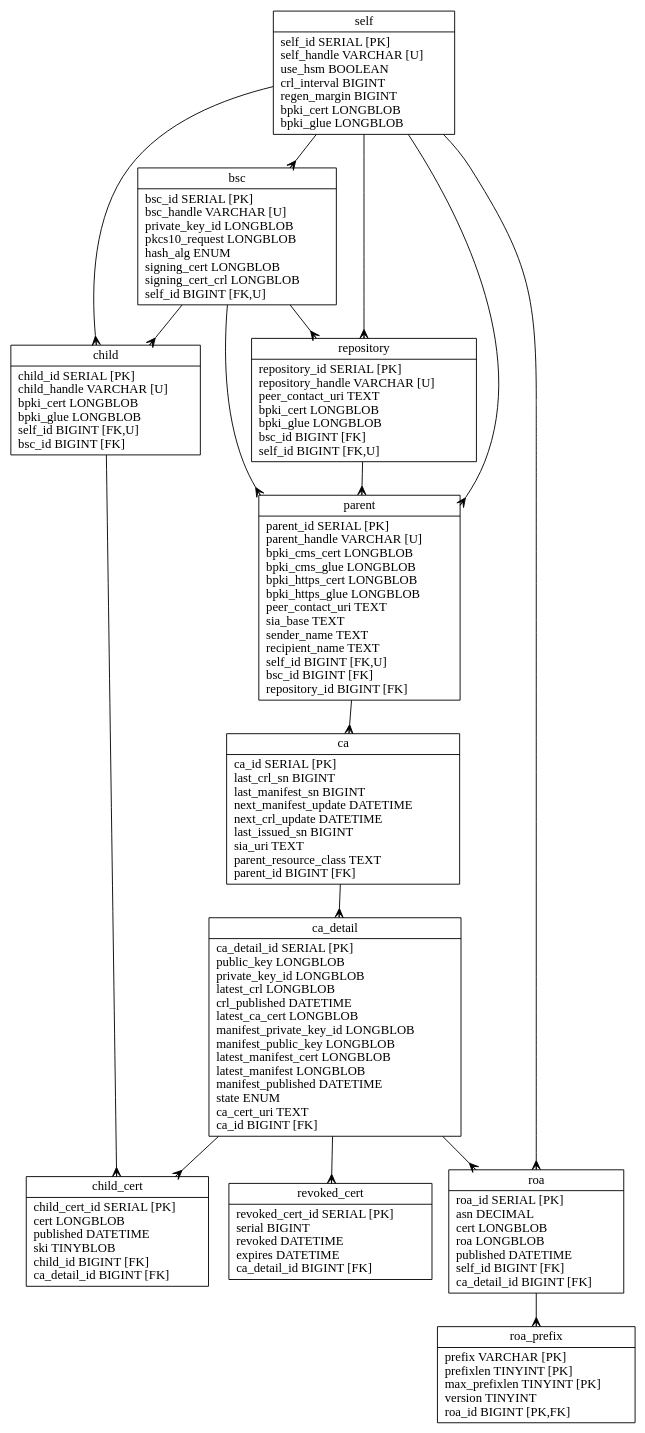
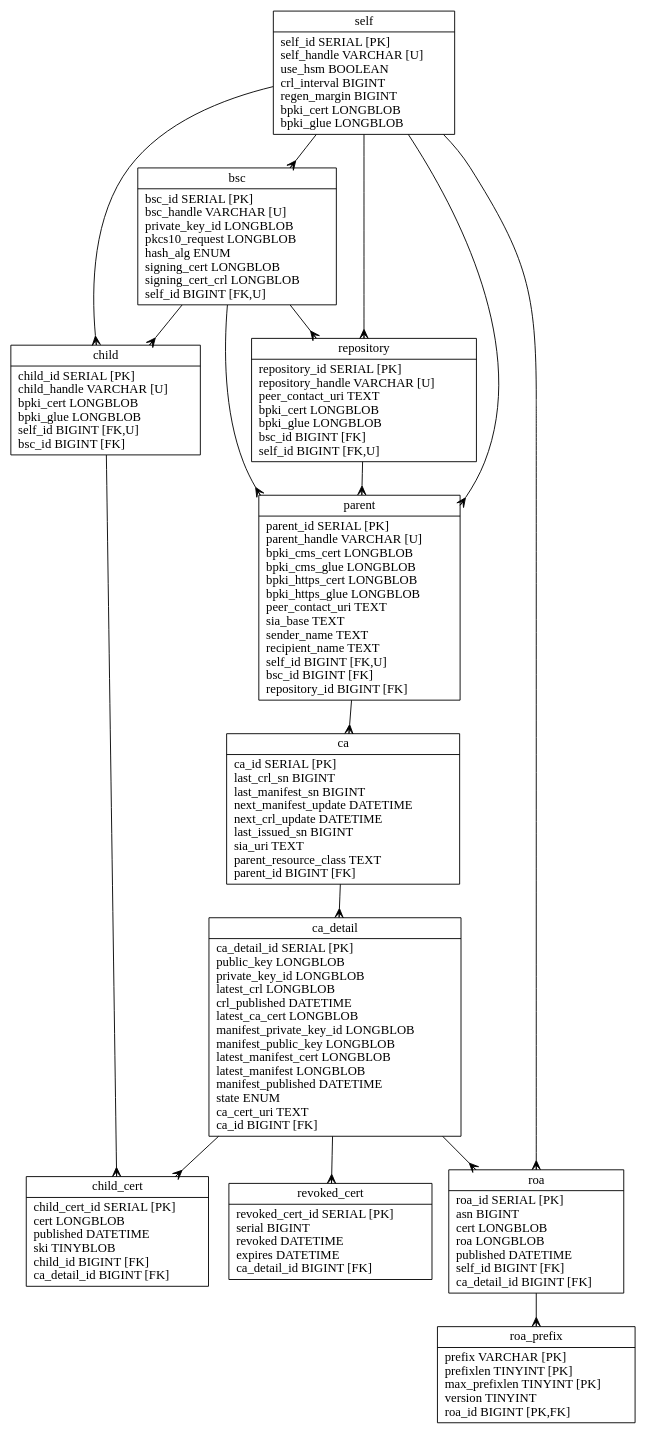
Before and after one commit to dragonresearch/rpki.net: the diagram in rpkid/doc/rpkid.dot, drawn with Graphviz. The commit also changed 9 other files, not shown here.

```diff
--- a/rpkid/doc/rpkid.dot
+++ b/rpkid/doc/rpkid.dot
@@ -1,34 +1,34 @@
 // Automatically generated from rpkid.sql
 
 digraph test {
 	edge [arrowtail=none, arrowhead=crow];
 	graph [ratio=fill, overlap=false, bgcolor=white];
 	node [label="\N", fillcolor=white, shape=record, style=filled];
 	self [label="{self\n|self_id\ SERIAL\ [PK]\lself_handle\ VARCHAR\ [U]\luse_hsm\ BOOLEAN\lcrl_interval\ BIGINT\lregen_margin\ BIGINT\lbpki_cert\ LONGBLOB\lbpki_glue\ LONGBLOB\l}"];
 	bsc [label="{bsc\n|bsc_id\ SERIAL\ [PK]\lbsc_handle\ VARCHAR\ [U]\lprivate_key_id\ LONGBLOB\lpkcs10_request\ LONGBLOB\lhash_alg\ ENUM\lsigning_cert\ LONGBLOB\lsigning_cert_crl\ LONGBLOB\lself_id\ BIGINT\ [FK,U]\l}"];
 	repository [label="{repository\n|repository_id\ SERIAL\ [PK]\lrepository_handle\ VARCHAR\ [U]\lpeer_contact_uri\ TEXT\lbpki_cert\ LONGBLOB\lbpki_glue\ LONGBLOB\lbsc_id\ BIGINT\ [FK]\lself_id\ BIGINT\ [FK,U]\l}"];
 	parent [label="{parent\n|parent_id\ SERIAL\ [PK]\lparent_handle\ VARCHAR\ [U]\lbpki_cms_cert\ LONGBLOB\lbpki_cms_glue\ LONGBLOB\lbpki_https_cert\ LONGBLOB\lbpki_https_glue\ LONGBLOB\lpeer_contact_uri\ TEXT\lsia_base\ TEXT\lsender_name\ TEXT\lrecipient_name\ TEXT\lself_id\ BIGINT\ [FK,U]\lbsc_id\ BIGINT\ [FK]\lrepository_id\ BIGINT\ [FK]\l}"];
 	ca [label="{ca\n|ca_id\ SERIAL\ [PK]\llast_crl_sn\ BIGINT\llast_manifest_sn\ BIGINT\lnext_manifest_update\ DATETIME\lnext_crl_update\ DATETIME\llast_issued_sn\ BIGINT\lsia_uri\ TEXT\lparent_resource_class\ TEXT\lparent_id\ BIGINT\ [FK]\l}"];
 	ca_detail [label="{ca_detail\n|ca_detail_id\ SERIAL\ [PK]\lpublic_key\ LONGBLOB\lprivate_key_id\ LONGBLOB\llatest_crl\ LONGBLOB\lcrl_published\ DATETIME\llatest_ca_cert\ LONGBLOB\lmanifest_private_key_id\ LONGBLOB\lmanifest_public_key\ LONGBLOB\llatest_manifest_cert\ LONGBLOB\llatest_manifest\ LONGBLOB\lmanifest_published\ DATETIME\lstate\ ENUM\lca_cert_uri\ TEXT\lca_id\ BIGINT\ [FK]\l}"];
 	child [label="{child\n|child_id\ SERIAL\ [PK]\lchild_handle\ VARCHAR\ [U]\lbpki_cert\ LONGBLOB\lbpki_glue\ LONGBLOB\lself_id\ BIGINT\ [FK,U]\lbsc_id\ BIGINT\ [FK]\l}"];
 	child_cert [label="{child_cert\n|child_cert_id\ SERIAL\ [PK]\lcert\ LONGBLOB\lpublished\ DATETIME\lski\ TINYBLOB\lchild_id\ BIGINT\ [FK]\lca_detail_id\ BIGINT\ [FK]\l}"];
 	revoked_cert [label="{revoked_cert\n|revoked_cert_id\ SERIAL\ [PK]\lserial\ BIGINT\lrevoked\ DATETIME\lexpires\ DATETIME\lca_detail_id\ BIGINT\ [FK]\l}"];
-	roa [label="{roa\n|roa_id\ SERIAL\ [PK]\lasn\ DECIMAL\lcert\ LONGBLOB\lroa\ LONGBLOB\lpublished\ DATETIME\lself_id\ BIGINT\ [FK]\lca_detail_id\ BIGINT\ [FK]\l}"];
+	roa [label="{roa\n|roa_id\ SERIAL\ [PK]\lasn\ BIGINT\lcert\ LONGBLOB\lroa\ LONGBLOB\lpublished\ DATETIME\lself_id\ BIGINT\ [FK]\lca_detail_id\ BIGINT\ [FK]\l}"];
 	roa_prefix [label="{roa_prefix\n|prefix\ VARCHAR\ [PK]\lprefixlen\ TINYINT\ [PK]\lmax_prefixlen\ TINYINT\ [PK]\lversion\ TINYINT\lroa_id\ BIGINT\ [PK,FK]\l}"];
 	bsc -> child;
 	bsc -> parent;
 	bsc -> repository;
 	ca -> ca_detail;
 	ca_detail -> child_cert;
 	ca_detail -> revoked_cert;
 	ca_detail -> roa;
 	child -> child_cert;
 	parent -> ca;
 	repository -> parent;
 	roa -> roa_prefix;
 	self -> bsc;
 	self -> child;
 	self -> parent;
 	self -> repository;
 	self -> roa;
 }
```
